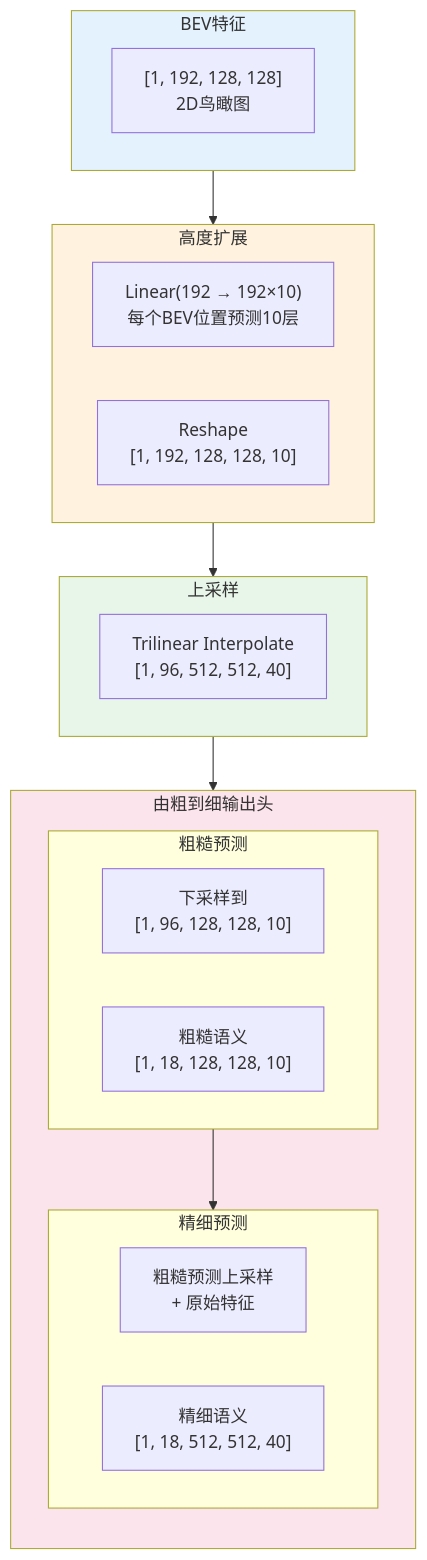
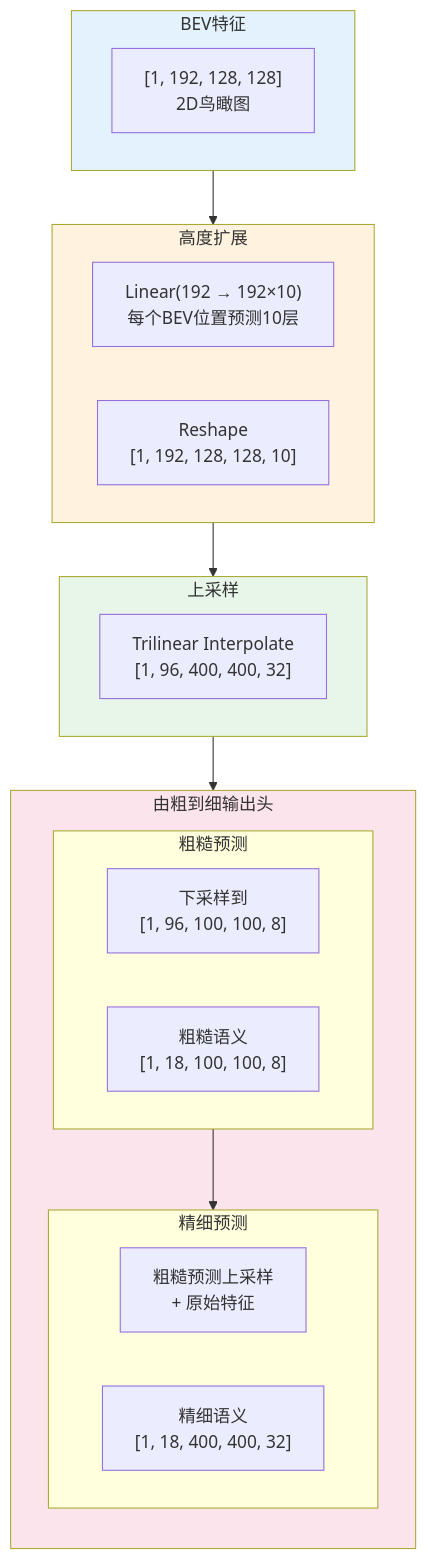
Before and after one commit to billsoft/carla: diagram 11 of 12 in occ_network/README.md, drawn with Mermaid. The commit also changed other lines of this file and 14 other files, not shown here.

````diff
--- a/occ_network/README.md
+++ b/occ_network/README.md
@@ -993,37 +993,37 @@
 ```mermaid
 flowchart TB
     subgraph BEV["BEV特征"]
         B["[1, 192, 128, 128]<br/>2D鸟瞰图"]
     end
     
     subgraph EXPAND["高度扩展"]
         E["Linear(192 → 192×10)<br/>每个BEV位置预测10层"]
         R["Reshape<br/>[1, 192, 128, 128, 10]"]
     end
     
     subgraph UP["上采样"]
-        U["Trilinear Interpolate<br/>[1, 96, 512, 512, 40]"]
+        U["Trilinear Interpolate<br/>[1, 96, 400, 400, 32]"]
     end
     
     subgraph HEAD["由粗到细输出头"]
         direction TB
         subgraph COARSE["粗糙预测"]
-            CO["下采样到<br/>[1, 96, 128, 128, 10]"]
-            CP["粗糙语义<br/>[1, 18, 128, 128, 10]"]
+            CO["下采样到<br/>[1, 96, 100, 100, 8]"]
+            CP["粗糙语义<br/>[1, 18, 100, 100, 8]"]
         end
         
         subgraph FINE["精细预测"]
             FI["粗糙预测上采样<br/>+ 原始特征"]
-            FP["精细语义<br/>[1, 18, 512, 512, 40]"]
+            FP["精细语义<br/>[1, 18, 400, 400, 32]"]
         end
         
         COARSE --> FINE
     end
     
     BEV --> EXPAND --> UP --> HEAD
     
     style BEV fill:#e3f2fd
     style EXPAND fill:#fff3e0
     style UP fill:#e8f5e9
     style HEAD fill:#fce4ec
 ```
````
